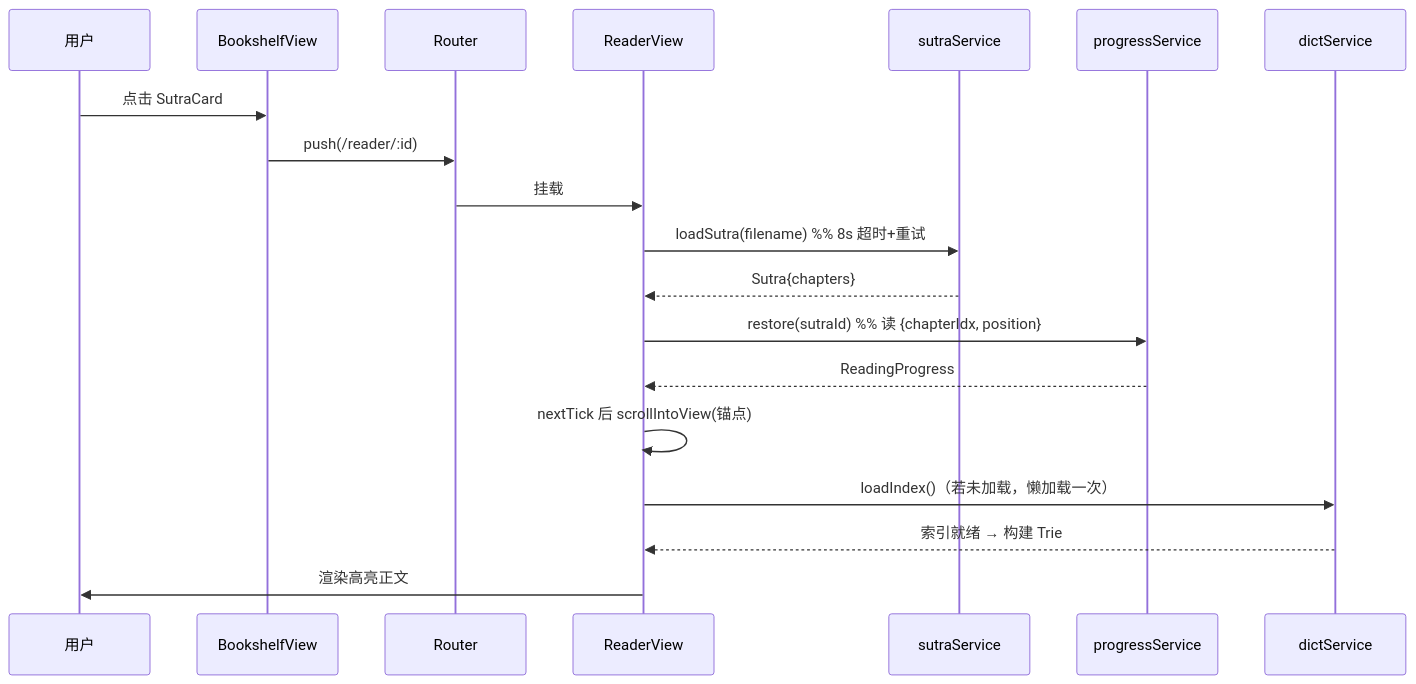
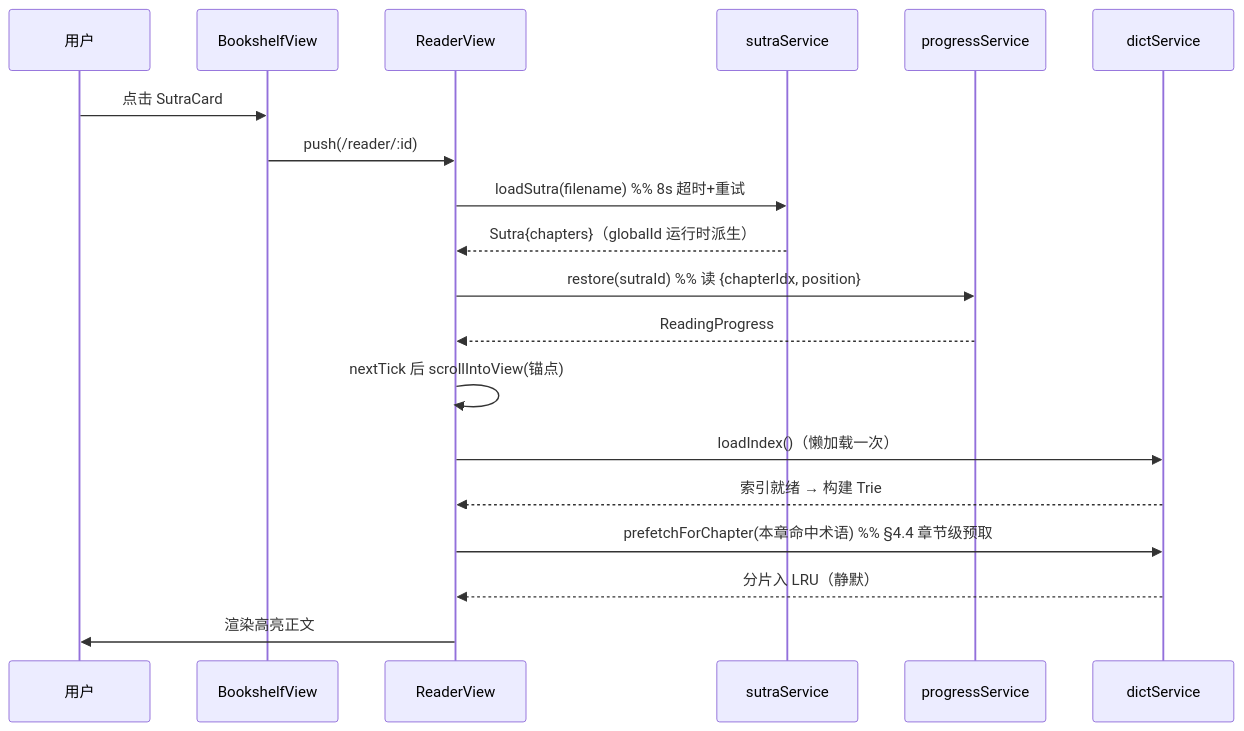
One commit to duckytan/buddhist-reader changed the second of 5 diagrams in docs/plans/2026-09-29-v4.0-development-plan.md. Above: the diagram before and after it, drawn with Mermaid. The commit also changed other lines of this file and 2 other files, not shown here.

````diff
--- a/docs/plans/2026-09-29-v4.0-development-plan.md
+++ b/docs/plans/2026-09-29-v4.0-development-plan.md
@@ -448,21 +604,21 @@
 ```mermaid
 sequenceDiagram
     participant U as 用户
     participant BS as BookshelfView
-    participant RT as Router
     participant RV as ReaderView
     participant SS as sutraService
     participant PS as progressService
     participant DS as dictService
     U->>BS: 点击 SutraCard
-    BS->>RT: push(/reader/:id)
-    RT->>RV: 挂载
+    BS->>RV: push(/reader/:id)
     RV->>SS: loadSutra(filename)   %% 8s 超时+重试
-    SS-->>RV: Sutra{chapters}
+    SS-->>RV: Sutra{chapters}（globalId 运行时派生）
     RV->>PS: restore(sutraId)      %% 读 {chapterIdx, position}
     PS-->>RV: ReadingProgress
     RV->>RV: nextTick 后 scrollIntoView(锚点)
-    RV->>DS: loadIndex()（若未加载，懒加载一次）
+    RV->>DS: loadIndex()（懒加载一次）
     DS-->>RV: 索引就绪 → 构建 Trie
+    RV->>DS: prefetchForChapter(本章命中术语)   %% §4.4 章节级预取
+    DS-->>RV: 分片入 LRU（静默）
     RV->>U: 渲染高亮正文
 ```
````
